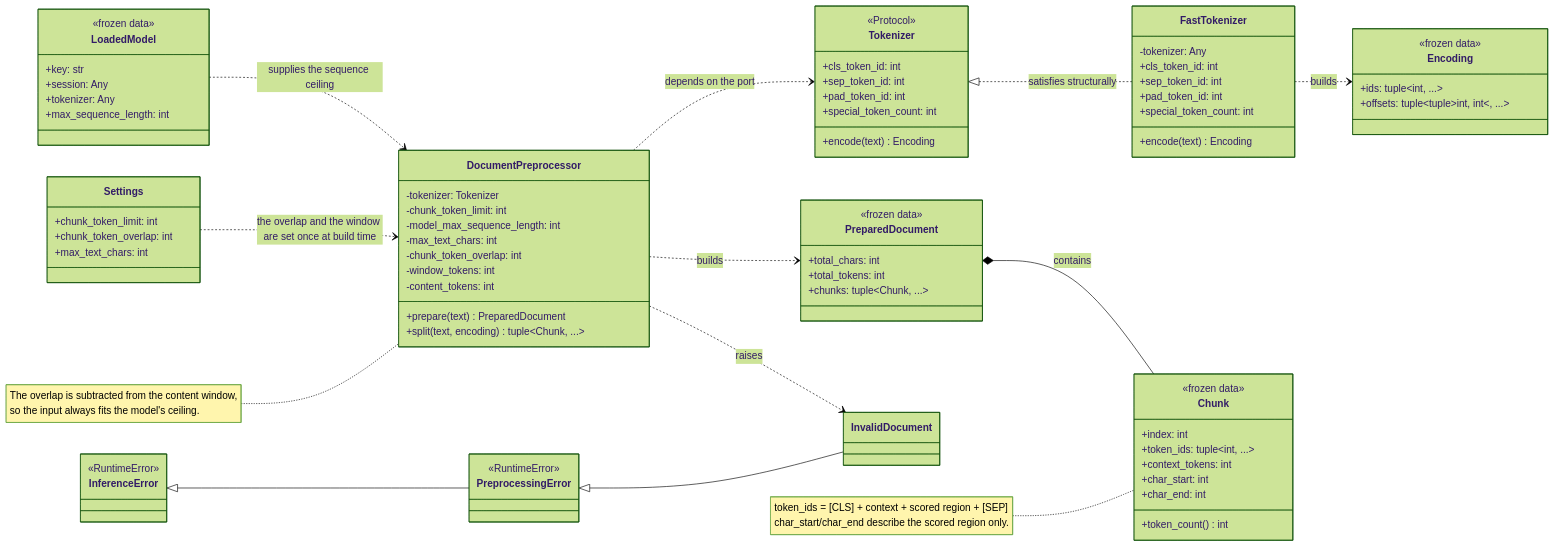
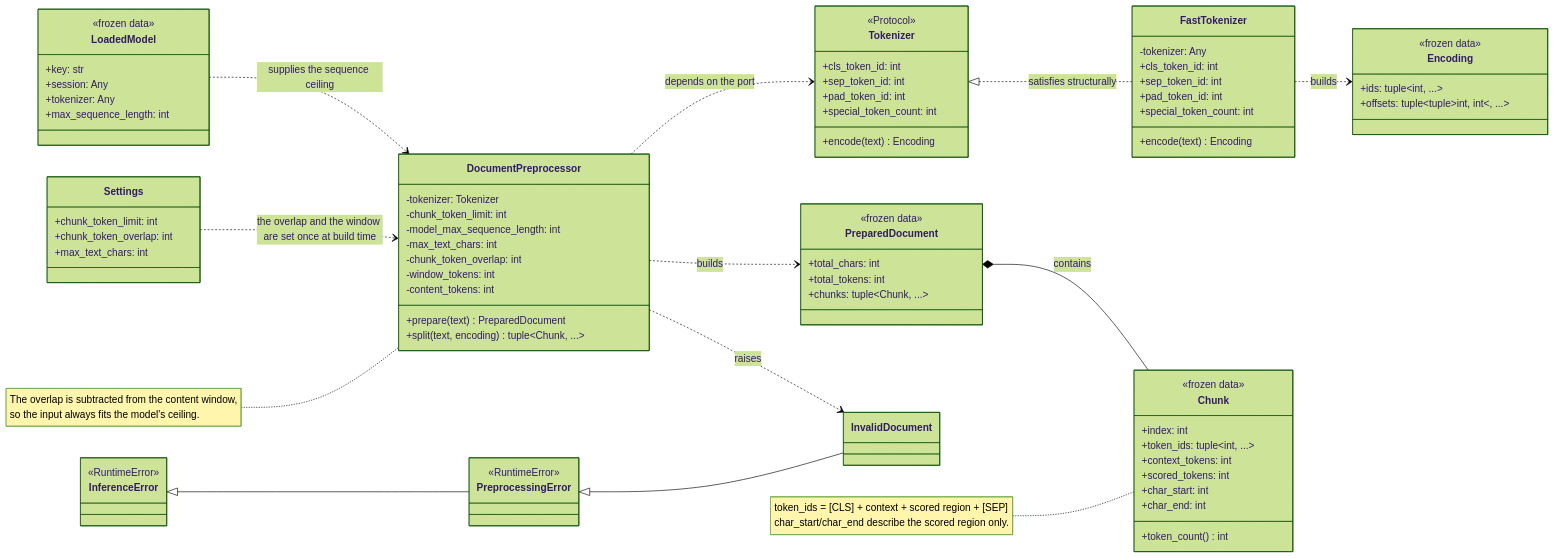
The first of 5 diagrams in services/inference/specifications/references/inference-overlap.md (kunalPisolkar24/detectAI), drawn with Mermaid (forest theme) before and after one commit. The commit also changed other lines of this file and 16 other files, not shown here.

```diff
--- a/services/inference/specifications/references/inference-overlap.md
+++ b/services/inference/specifications/references/inference-overlap.md
@@ -341,6 +348,7 @@
         +index: int
         +token_ids: tuple~int, ...~
         +context_tokens: int
+        +scored_tokens: int
         +char_start: int
         +char_end: int
         +token_count() int
```
